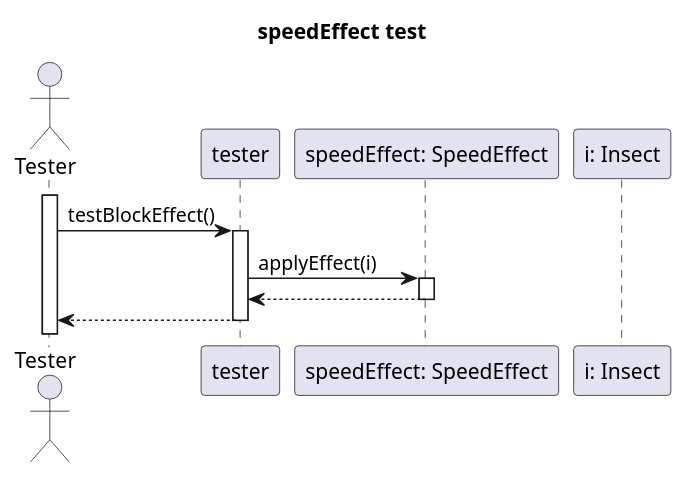
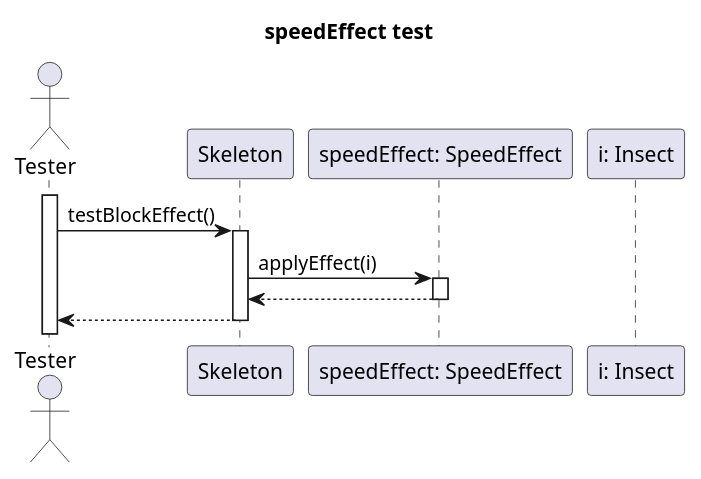
Before and after one commit to dzsem/projlab: the diagram in diagrams/test-sequence/effect/speedEffect.plantuml, drawn with PlantUML. The commit also changed 3 other files, not shown here.

Commit message:
Fixed effect names in test sequences

```diff
--- a/diagrams/test-sequence/effect/speedEffect.plantuml
+++ b/diagrams/test-sequence/effect/speedEffect.plantuml
@@ -1,25 +1,27 @@
 @startuml speedEffect
 
 title speedEffect test
 
 Actor Tester as test
-activate test
-test -> tester: testBlockEffect()
-
 participant "Skeleton" as tester
 
 participant "speedEffect: SpeedEffect" as speed
 participant "i: Insect" as insect
+
+activate test
+test -> tester: testBlockEffect()
+
+
 
 activate tester
 
 tester -> speed: applyEffect(i)
 activate speed
 
 speed --> tester
 deactivate speed
 
 
 test<-- tester
 deactivate tester
 @enduml
```
